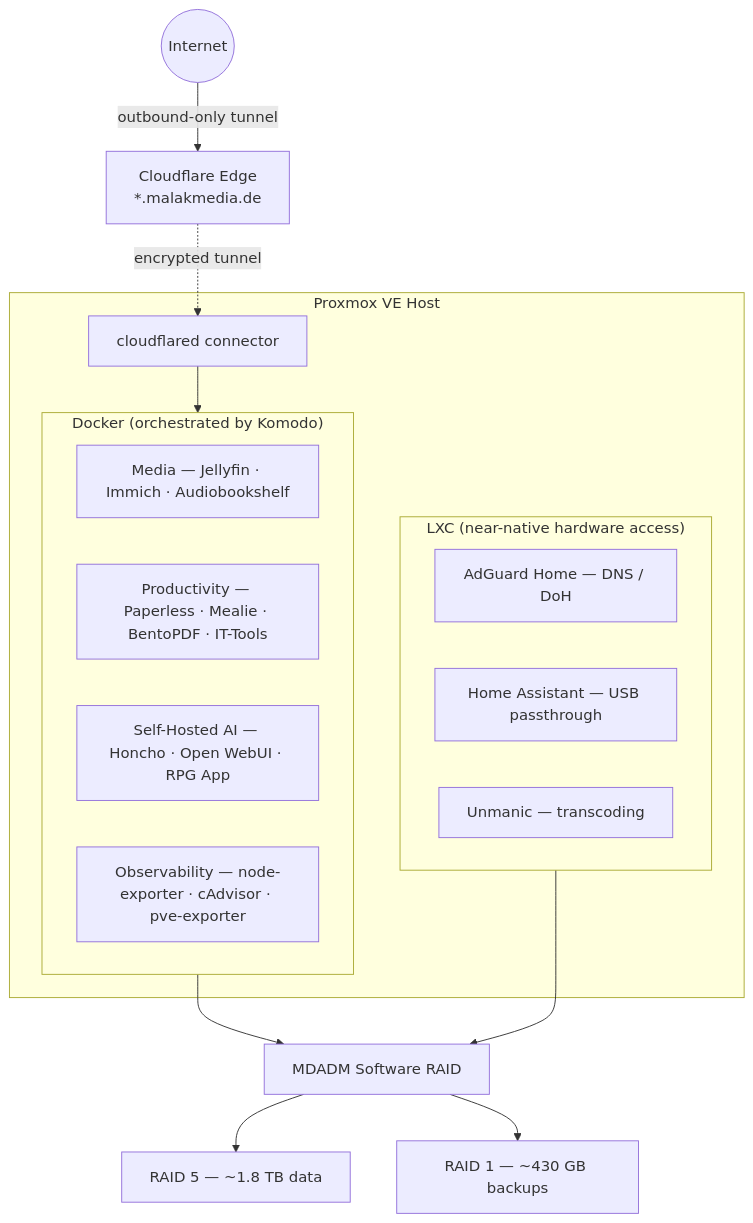
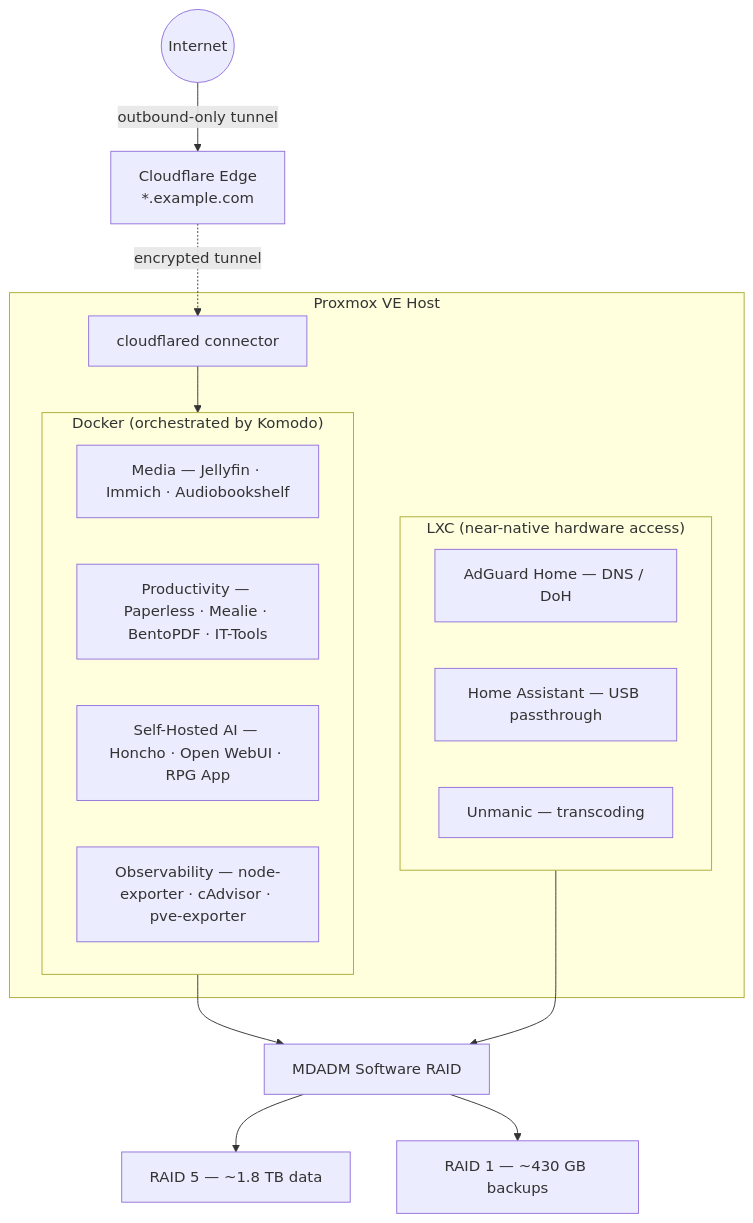
Before and after one commit to enesmalak/homelab-infrastructure: the diagram in README.md, drawn with Mermaid. The commit also changed other lines of this file and 1 other file, not shown here.

````diff
--- a/README.md
+++ b/README.md
@@ -12,25 +12,25 @@
 ```mermaid
 flowchart TB
-    Internet(("Internet")) -->|outbound-only tunnel| CF["Cloudflare Edge<br/>*.malakmedia.de"]
+    Internet(("Internet")) -->|outbound-only tunnel| CF["Cloudflare Edge<br/>*.example.com"]
     CF -.encrypted tunnel.-> CFD["cloudflared connector"]
 
     subgraph PVE["Proxmox VE Host"]
         CFD --> Docker
         subgraph Docker["Docker (orchestrated by Komodo)"]
             Media["Media — Jellyfin · Immich · Audiobookshelf"]
             Prod["Productivity — Paperless · Mealie · BentoPDF · IT-Tools"]
             AI["Self-Hosted AI — Honcho · Open WebUI · RPG App"]
             Obs["Observability — node-exporter · cAdvisor · pve-exporter"]
         end
         subgraph LXC["LXC (near-native hardware access)"]
             AdGuard["AdGuard Home — DNS / DoH"]
             HA["Home Assistant — USB passthrough"]
             Unmanic["Unmanic — transcoding"]
         end
     end
 
     Docker --> Storage["MDADM Software RAID"]
     LXC --> Storage
     Storage --> RAID5["RAID 5 — ~1.8 TB data"]
     Storage --> RAID1["RAID 1 — ~430 GB backups"]
 ```
````
